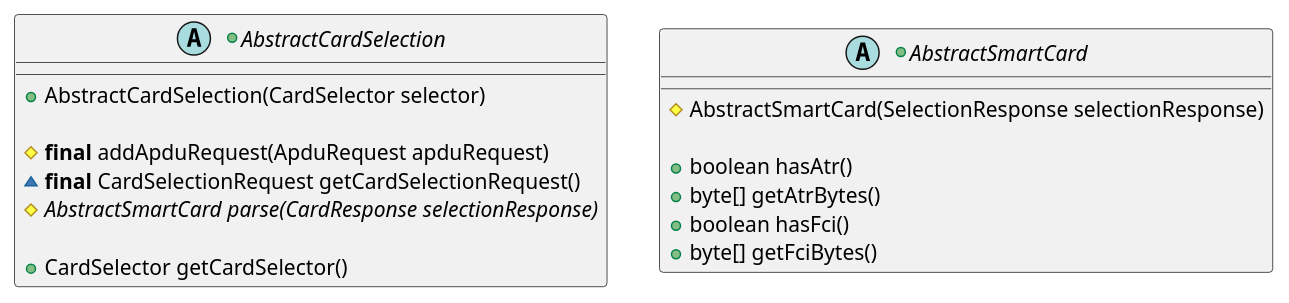
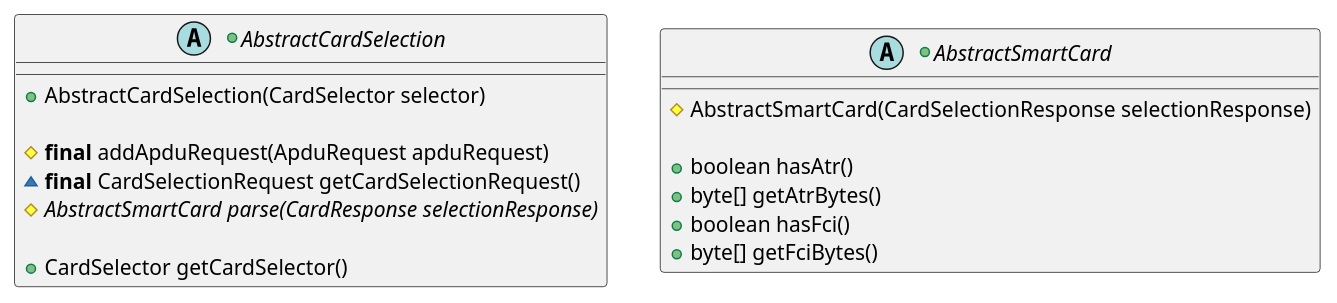
One commit to calypsonet/keyple changed the third of 11 diagrams in src/KeypleCoreApi/puml/KeypleCore_CardSelection_ClassDiag_ClassElements.iuml. Above: the diagram before and after it, drawn with PlantUML. The commit also changed 4 other files, not shown here.

```diff
--- a/src/KeypleCoreApi/puml/KeypleCore_CardSelection_ClassDiag_ClassElements.iuml
+++ b/src/KeypleCoreApi/puml/KeypleCore_CardSelection_ClassDiag_ClassElements.iuml
@@ -36,20 +36,20 @@
 @startuml(id=SELECTION_REQUEST_1_0_0)
 +abstract AbstractCardSelection {
   +AbstractCardSelection(CardSelector selector)
 
   #<b>final</b> addApduRequest(ApduRequest apduRequest)
   ~<b>final</b> CardSelectionRequest getCardSelectionRequest()
   {abstract} #AbstractSmartCard parse(CardResponse selectionResponse)
 
   +CardSelector getCardSelector()
 }
 
 +abstract AbstractSmartCard {
-  #AbstractSmartCard(SelectionResponse selectionResponse)
+  #AbstractSmartCard(CardSelectionResponse selectionResponse)
 
   +boolean hasAtr()
   +byte[] getAtrBytes()
   +boolean hasFci()
   +byte[] getFciBytes()
 }
 @enduml
```
